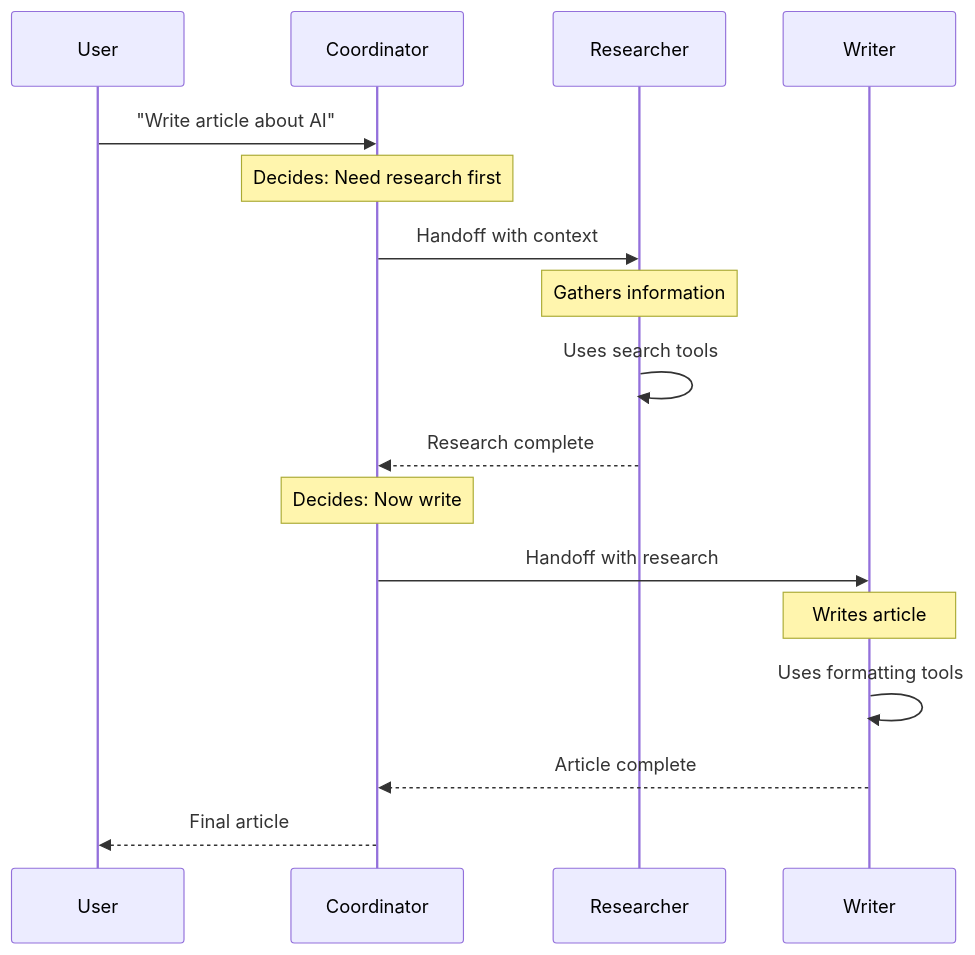
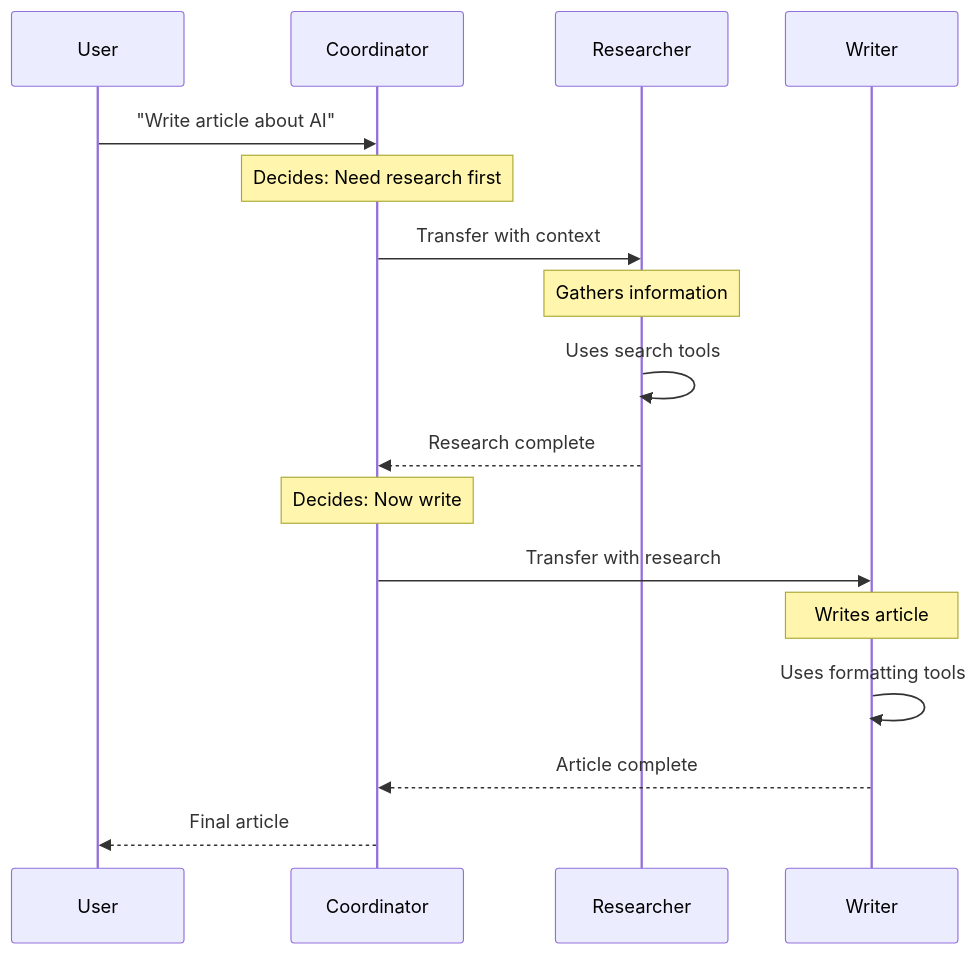
One commit to Manoj-tawk/tawk-agents-sdk changed the sixth of 10 diagrams in docs/guides/CORE_CONCEPTS.md. Above: the diagram before and after it, drawn with Mermaid. The commit also changed other lines of this file and 14 other files, not shown here.

````diff
--- a/docs/guides/CORE_CONCEPTS.md
+++ b/docs/guides/CORE_CONCEPTS.md
@@ -289,25 +289,25 @@
 ```mermaid
 sequenceDiagram
     participant User
     participant Coordinator
     participant Researcher
     participant Writer
     
     User->>Coordinator: "Write article about AI"
     
     Note over Coordinator: Decides: Need research first
-    Coordinator->>Researcher: Handoff with context
+    Coordinator->>Researcher: Transfer with context
     
     Note over Researcher: Gathers information
     Researcher->>Researcher: Uses search tools
     Researcher-->>Coordinator: Research complete
     
     Note over Coordinator: Decides: Now write
-    Coordinator->>Writer: Handoff with research
+    Coordinator->>Writer: Transfer with research
     
     Note over Writer: Writes article
     Writer->>Writer: Uses formatting tools
     Writer-->>Coordinator: Article complete
     
     Coordinator-->>User: Final article
 ```
````
